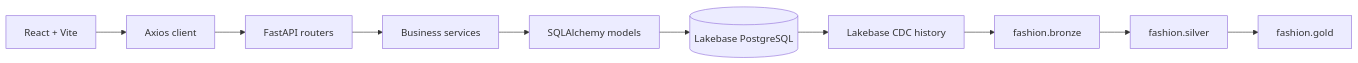
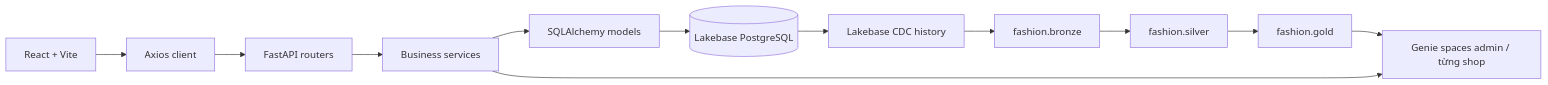
One commit to mewmewancut/DALN changed the diagram in docs/ARCHITECTURE.md. Above: the diagram before and after it, drawn with Mermaid. The commit also changed other lines of this file and 42 other files, not shown here.

Commit message:
Thêm chatbot Genie phân quyền admin và shop

````diff
--- a/docs/ARCHITECTURE.md
+++ b/docs/ARCHITECTURE.md
@@ -8,12 +8,14 @@
 ```mermaid
 flowchart LR
     Browser[React + Vite] --> Client[Axios client]
     Client --> API[FastAPI routers]
     API --> Services[Business services]
     Services --> Models[SQLAlchemy models]
     Models --> DB[(Lakebase PostgreSQL)]
     DB --> CDC[Lakebase CDC history]
     CDC --> Bronze[fashion.bronze]
     Bronze --> Silver[fashion.silver]
     Silver --> Gold[fashion.gold]
+    Gold --> Genie[Genie spaces admin / từng shop]
+    Services --> Genie
 ```
````
